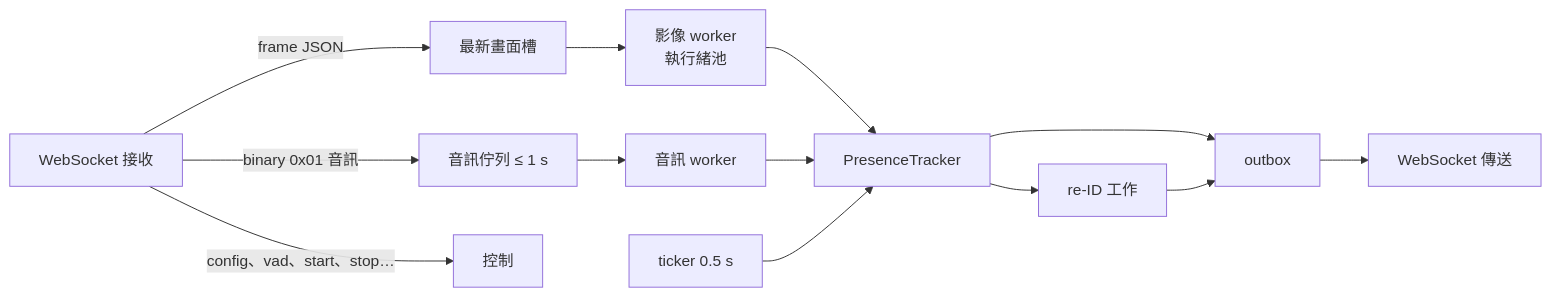
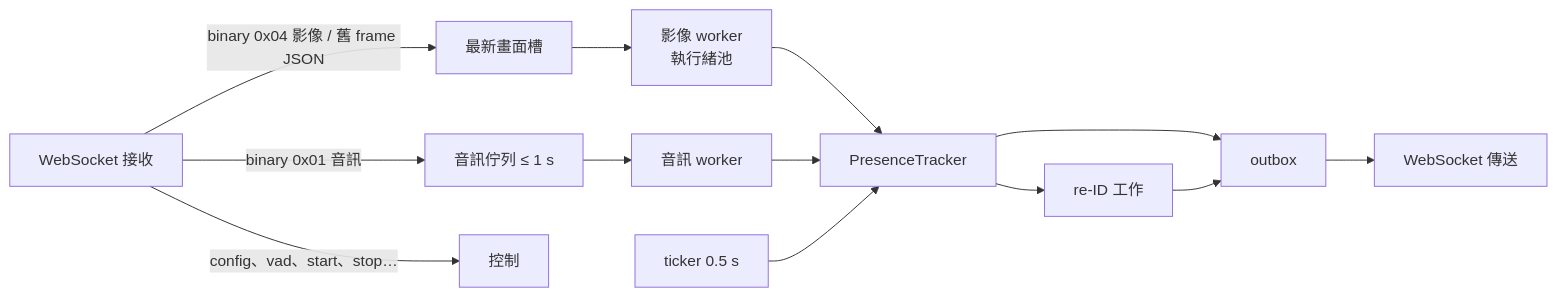
The diagram in docs/zh-TW/architecture.md (mcw519/presence-demo), drawn with Mermaid before and after one commit. The commit also changed other lines of this file and 32 other files, not shown here.

````diff
--- a/docs/zh-TW/architecture.md
+++ b/docs/zh-TW/architecture.md
@@ -48,11 +48,11 @@
 ```mermaid
 flowchart LR
-  WS[WebSocket 接收] -->|frame JSON| SLOT[最新畫面槽]
+  WS[WebSocket 接收] -->|binary 0x04 影像 / 舊 frame JSON| SLOT[最新畫面槽]
   WS -->|binary 0x01 音訊| AQ[音訊佇列 ≤ 1 s]
   WS -->|config、vad、start、stop…| CTRL[控制]
   SLOT --> VW[影像 worker<br/>執行緒池] --> TR[PresenceTracker]
   AQ --> AW[音訊 worker] --> TR
   TICK[ticker 0.5 s] --> TR
   TR --> OB[outbox] --> OUT[WebSocket 傳送]
   TR --> RE[re-ID 工作] --> OB
 ```
````
